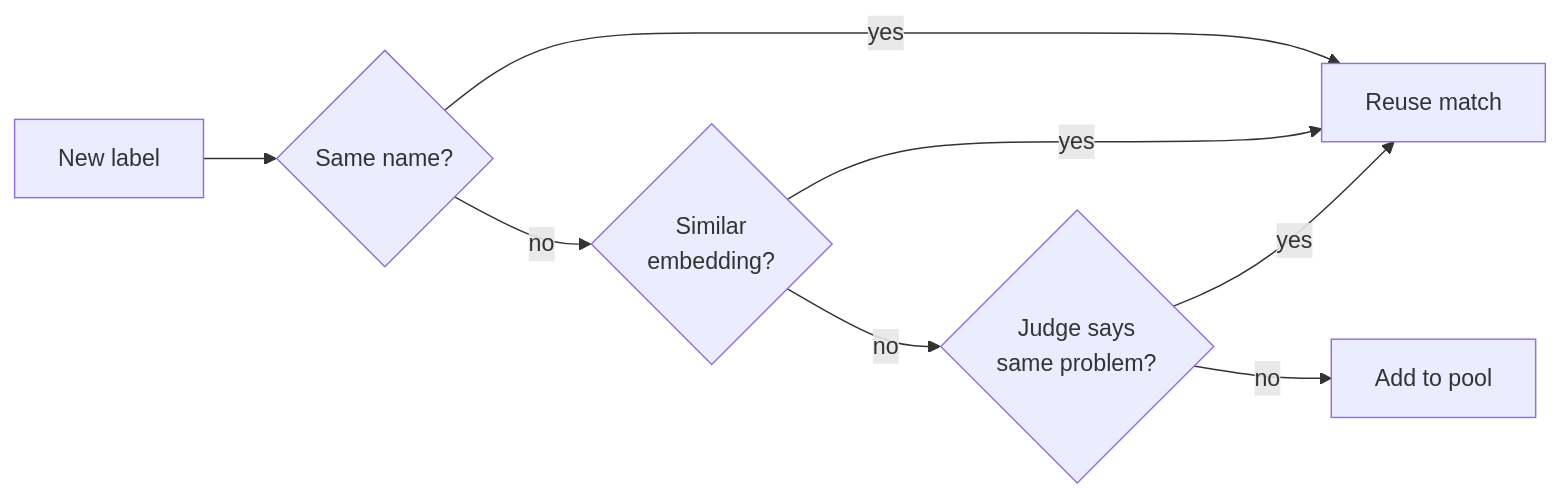
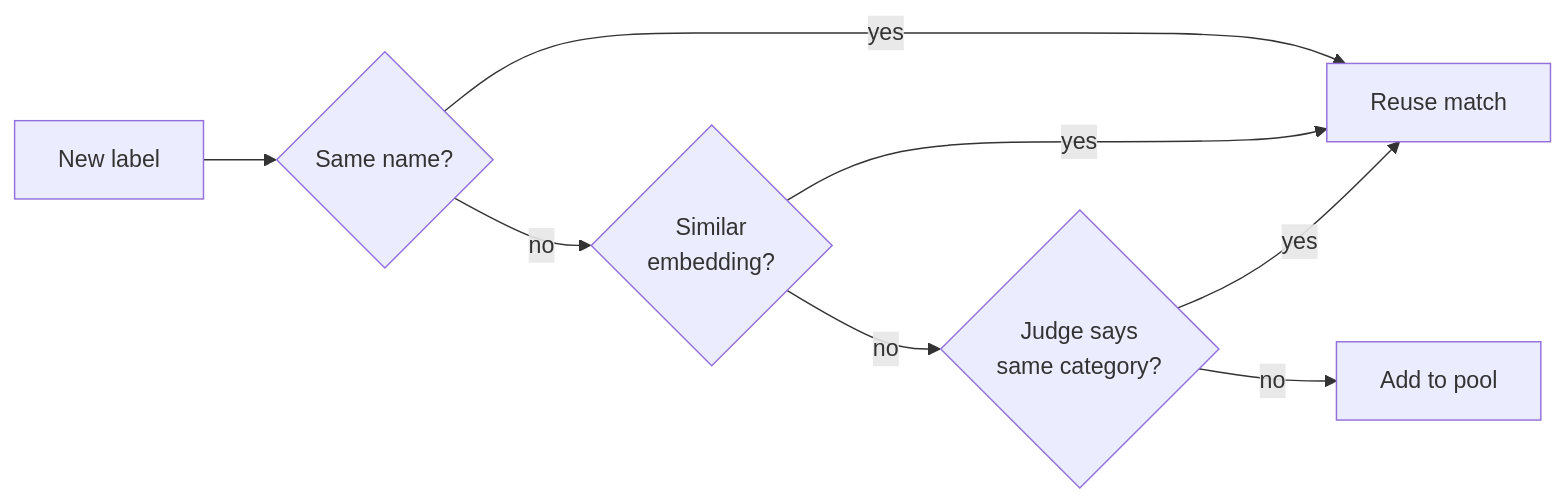
One commit to confident-ai/deepeval changed the third of 4 diagrams in docs/content/docs/classifiers-custom.mdx. Above: the diagram before and after it, drawn with Mermaid. The commit also changed other lines of this file and 11 other files, not shown here.

````diff
--- a/docs/content/docs/classifiers-custom.mdx
+++ b/docs/content/docs/classifiers-custom.mdx
@@ -386,10 +386,10 @@
 ```mermaid
 flowchart LR
     new[New label] --> same{Same name?}
     same -- yes --> reuse[Reuse match]
     same -- no --> close{Similar<br/>embedding?}
     close -- yes --> reuse
-    close -- no --> judge{Judge says<br/>same problem?}
+    close -- no --> judge{Judge says<br/>same category?}
     judge -- yes --> reuse
     judge -- no --> add[Add to pool]
 ```
````
